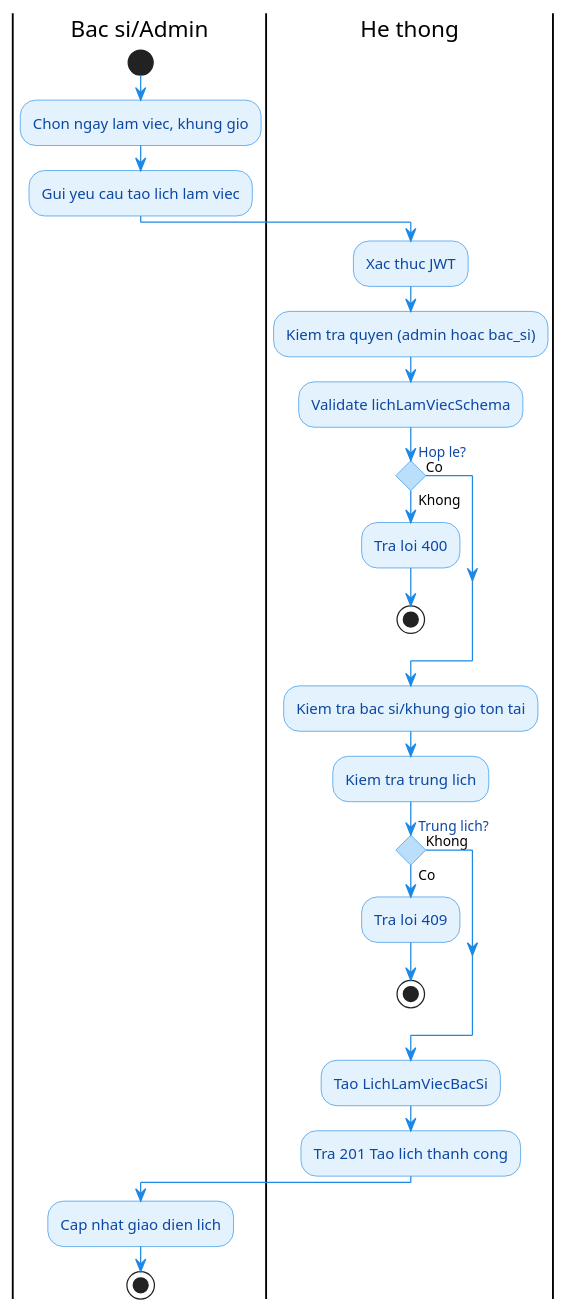
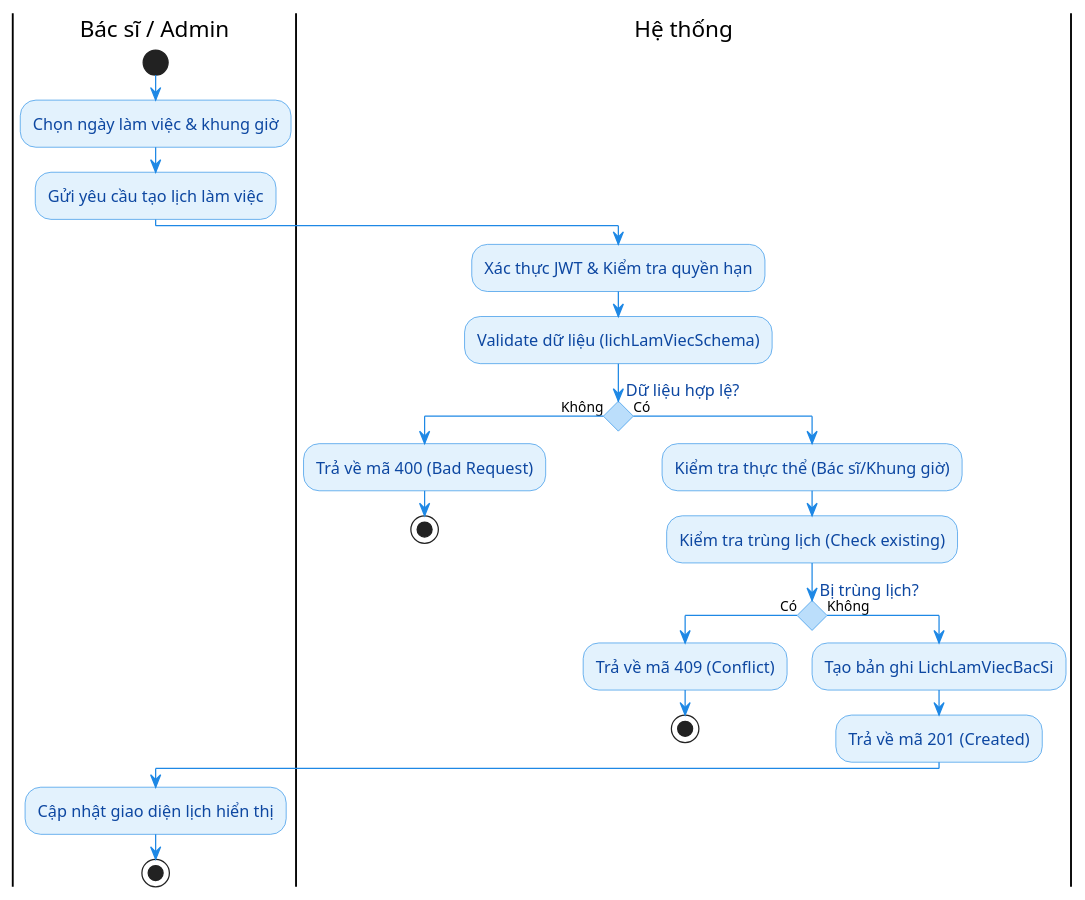
One commit to yqhuouc/HealthCare changed the diagram in server/doc/diagrams/ACT_07_DangKyLichLamViec.puml. Above: the diagram before and after it, drawn with PlantUML. The commit also changed 41 other files, not shown here.

Commit message:
feat: implement authentication system with password reset functionality and add project architecture documentation

```diff
--- a/server/doc/diagrams/ACT_07_DangKyLichLamViec.puml
+++ b/server/doc/diagrams/ACT_07_DangKyLichLamViec.puml
@@ -1,49 +1,49 @@
-@startuml Activity_DangKyLichLamViec
+@startuml Activity_DangKyLichLamViec_V2
 
 skinparam shadowing false
 skinparam backgroundColor white
 skinparam conditionStyle diamond
 skinparam ConditionEndStyle hline
 
 skinparam activity {
   BackgroundColor #E3F2FD
   BorderColor #1E88E5
   FontColor #0D47A1
-  RoundCorner 15
+  FontSize 13
+  RoundCorner 20
 }
 
 skinparam activityDiamondBackgroundColor #BBDEFB
 skinparam activityDiamondBorderColor #1E88E5
 skinparam activityDiamondFontColor #0D47A1
 skinparam ArrowColor #1E88E5
 
-|Bac si/Admin|
+|Bác sĩ / Admin|
 start
-:Chon ngay lam viec, khung gio;
-:Gui yeu cau tao lich lam viec;
+:Chọn ngày làm việc & khung giờ;
+:Gửi yêu cầu tạo lịch làm việc;
 
-|He thong|
-:Xac thuc JWT;
-:Kiem tra quyen (admin hoac bac_si);
-:Validate lichLamViecSchema;
-if (Hop le?) then (Khong)
-  :Tra loi 400;
+|Hệ thống|
+:Xác thực JWT & Kiểm tra quyền hạn;
+:Validate dữ liệu (lichLamViecSchema);
+
+if (Dữ liệu hợp lệ?) then (Không)
+  :Trả về mã 400 (Bad Request);
   stop
-else (Co)
+else (Có)
+  :Kiểm tra thực thể (Bác sĩ/Khung giờ);
+  :Kiểm tra trùng lịch (Check existing);
+  
+  if (Bị trùng lịch?) then (Có)
+    :Trả về mã 409 (Conflict);
+    stop
+  else (Không)
+    :Tạo bản ghi LichLamViecBacSi;
+    :Trả về mã 201 (Created);
+  endif
 endif
 
-:Kiem tra bac si/khung gio ton tai;
-:Kiem tra trung lich;
-if (Trung lich?) then (Co)
-  :Tra loi 409;
-  stop
-else (Khong)
-endif
-
-:Tao LichLamViecBacSi;
-:Tra 201 Tao lich thanh cong;
-
-|Bac si/Admin|
-:Cap nhat giao dien lich;
+|Bác sĩ / Admin|
+:Cập nhật giao diện lịch hiển thị;
 stop
 @enduml
```
